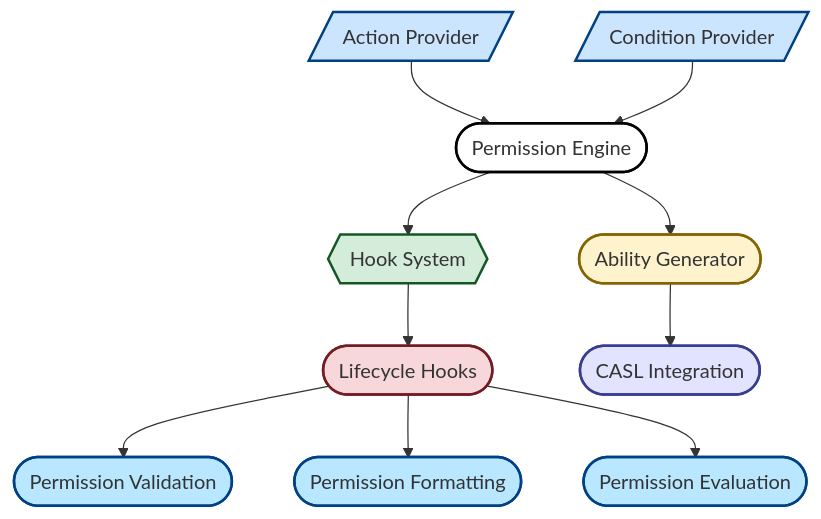
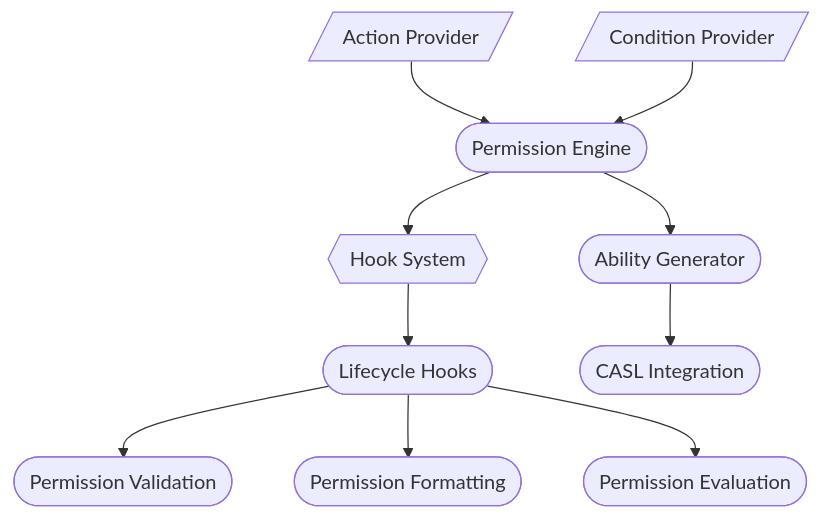
The first of 2 diagrams in docs/docs/docs/01-core/permissions/00-intro.md (strapi/strapi), drawn with Mermaid before and after one commit. The commit also changed other lines of this file and 1 other file, not shown here.

Commit message:
docs: update formatting and examples in permission engine documentation

````diff
--- a/docs/docs/docs/01-core/permissions/00-intro.md
+++ b/docs/docs/docs/01-core/permissions/00-intro.md
@@ -26,19 +27,12 @@
 ```mermaid
 graph TB
   B[/Action Provider/]:::provider --> A([Permission Engine]):::engine
   C[/Condition Provider/]:::provider --> A
   A --> D{{Hook System}}:::hookSystem
   A --> E([Ability Generator]):::generator
   D --> H([Lifecycle Hooks]):::lifecycle
   E --> I([CASL Integration]):::integration
   H --> N([Permission Validation]):::hook
   H --> O([Permission Formatting]):::hook
   H --> P([Permission Evaluation]):::hook
-  classDef engine fill: #ffffff, stroke: #000000, stroke-width: 2px;
-  classDef provider fill: #cce5ff, stroke: #004085, stroke-width: 2px;
-  classDef hookSystem fill: #d4edda, stroke: #155724, stroke-width: 2px;
-  classDef generator fill: #fff3cd, stroke: #856404, stroke-width: 2px;
-  classDef lifecycle fill: #f8d7da, stroke: #721c24, stroke-width: 2px;
-  classDef integration fill: #e2e3ff, stroke: #383d92, stroke-width: 2px;
-  classDef hook fill: #b8e7ff, stroke: #004085, stroke-width: 2px;
 ```
````
